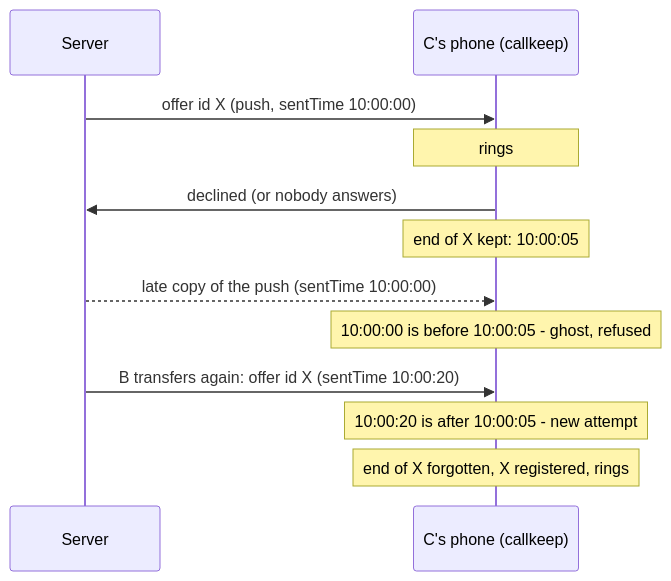
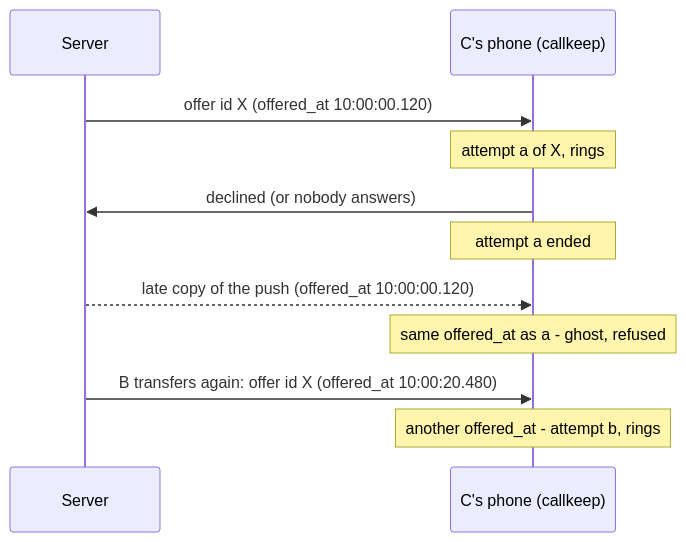
Before and after one commit to portaone/porta-phone-mobile-app: the first of 2 diagrams in phone/docs/architecture/incoming_call_lifecycle.md, drawn with Mermaid. The commit also changed other lines of this file and 6 other files, not shown here.

````diff
--- a/phone/docs/architecture/incoming_call_lifecycle.md
+++ b/phone/docs/architecture/incoming_call_lifecycle.md
@@ -70,14 +98,13 @@
 ```mermaid
 sequenceDiagram
   participant S as Server
   participant C as C's phone (callkeep)
-  S->>C: offer id X (push, sentTime 10:00:00)
-  Note over C: rings
+  S->>C: offer id X (offered_at 10:00:00.120)
+  Note over C: attempt a of X, rings
   C->>S: declined (or nobody answers)
-  Note over C: end of X kept: 10:00:05
-  S-->>C: late copy of the push (sentTime 10:00:00)
-  Note over C: 10:00:00 is before 10:00:05 - ghost, refused
-  S->>C: B transfers again: offer id X (sentTime 10:00:20)
-  Note over C: 10:00:20 is after 10:00:05 - new attempt
-  Note over C: end of X forgotten, X registered, rings
+  Note over C: attempt a ended
+  S-->>C: late copy of the push (offered_at 10:00:00.120)
+  Note over C: same offered_at as a - ghost, refused
+  S->>C: B transfers again: offer id X (offered_at 10:00:20.480)
+  Note over C: another offered_at - attempt b, rings
 ```
````
